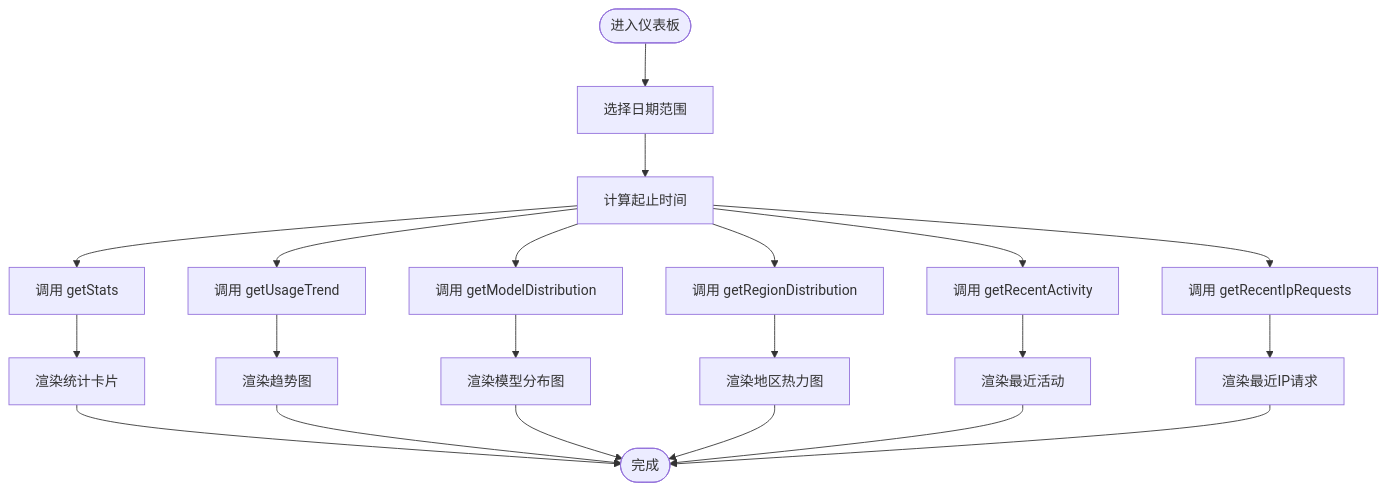
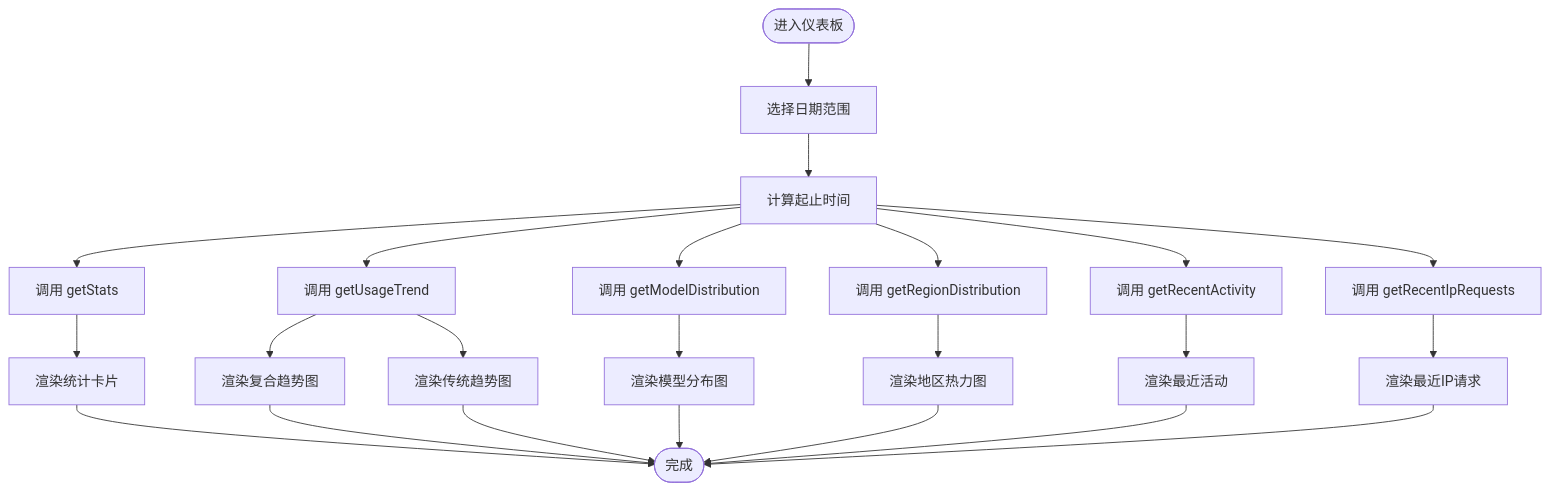
One commit to RadiumAg/AIGate changed the third of 13 diagrams in .qoder/repowiki/zh/content/监控与分析/监控与分析.md. Above: the diagram before and after it, drawn with Mermaid. The commit also changed other lines of this file and 30 other files, not shown here.

````diff
--- a/.qoder/repowiki/zh/content/监控与分析/监控与分析.md
+++ b/.qoder/repowiki/zh/content/监控与分析/监控与分析.md
@@ -145,23 +178,25 @@
 ```mermaid
 flowchart TD
 Start(["进入仪表板"]) --> PickRange["选择日期范围"]
 PickRange --> ComputeDates["计算起止时间"]
 ComputeDates --> FetchStats["调用 getStats"]
 ComputeDates --> FetchTrend["调用 getUsageTrend"]
 ComputeDates --> FetchModel["调用 getModelDistribution"]
 ComputeDates --> FetchRegion["调用 getRegionDistribution"]
 ComputeDates --> FetchActivity["调用 getRecentActivity"]
 ComputeDates --> FetchIP["调用 getRecentIpRequests"]
 FetchStats --> RenderCards["渲染统计卡片"]
-FetchTrend --> RenderTrend["渲染趋势图"]
+FetchTrend --> RenderCombined["渲染复合趋势图"]
+FetchTrend --> RenderTrend["渲染传统趋势图"]
 FetchModel --> RenderModel["渲染模型分布图"]
 FetchRegion --> RenderRegion["渲染地区热力图"]
 FetchActivity --> RenderActivity["渲染最近活动"]
 FetchIP --> RenderIP["渲染最近IP请求"]
 RenderCards --> End(["完成"])
+RenderCombined --> End
 RenderTrend --> End
 RenderModel --> End
 RenderRegion --> End
 RenderActivity --> End
 RenderIP --> End
 ```
````
